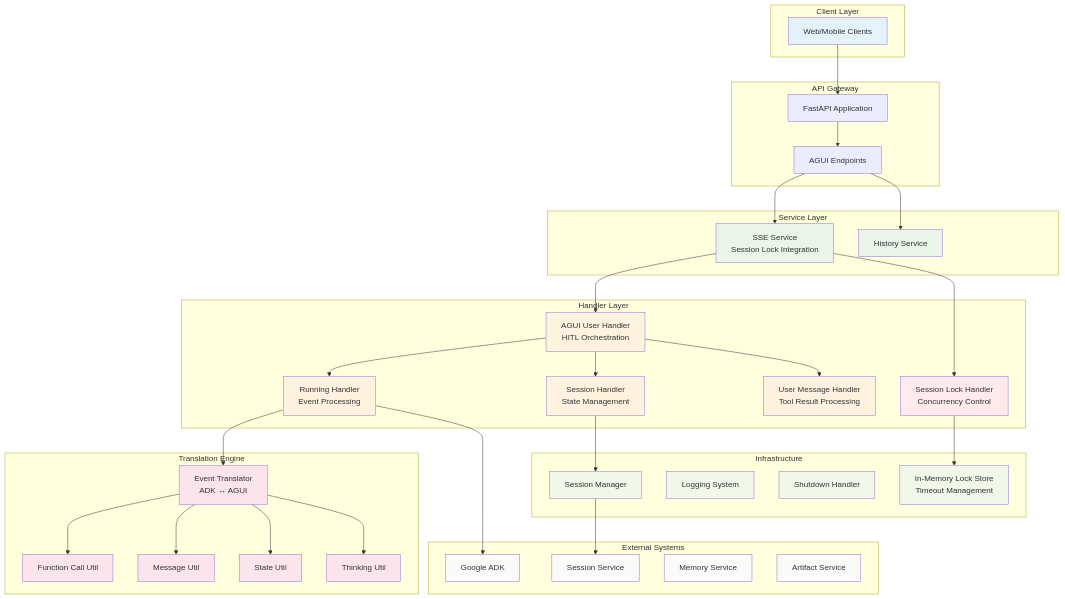
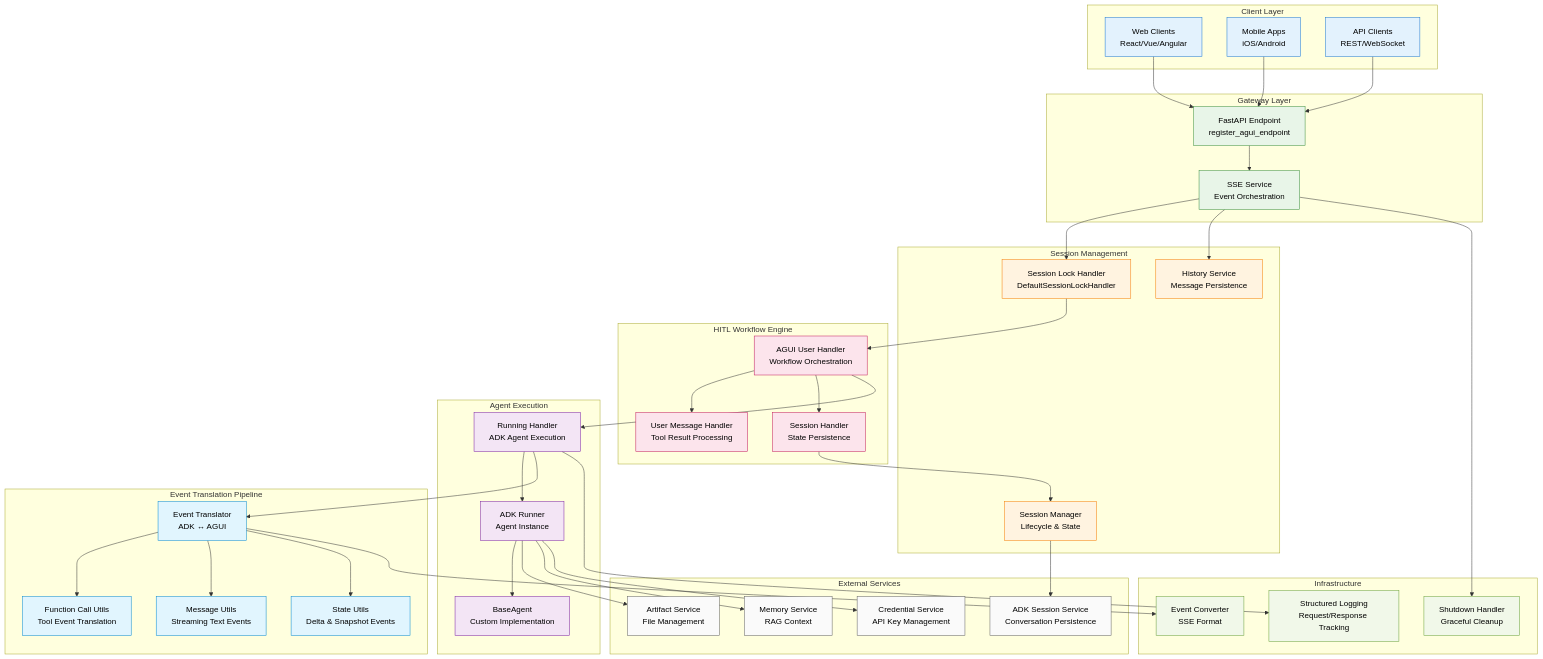
Before and after one commit to trendmicro/adk-agui-middleware: the diagram in README.md, drawn with Mermaid. The commit also changed other lines of this file and 1 other file, not shown here.

````diff
--- a/README.md
+++ b/README.md
@@ -77,85 +45,109 @@
 ```mermaid
 graph TB
     subgraph "Client Layer"
-        Client[Web/Mobile Clients]
+        WEB[Web Clients<br/>React/Vue/Angular]
+        MOB[Mobile Apps<br/>iOS/Android]
+        API[API Clients<br/>REST/WebSocket]
     end
 
-    subgraph "API Gateway"
-        FastAPI[FastAPI Application]
-        Endpoints[AGUI Endpoints]
+    subgraph "Gateway Layer"
+        ENDPOINT[FastAPI Endpoint<br/>register_agui_endpoint]
+        SSE_SVC[SSE Service<br/>Event Orchestration]
     end
 
-    subgraph "Service Layer"
-        SSEService[SSE Service<br/>Session Lock Integration]
-        HistoryService[History Service]
+    subgraph "Session Management"
+        LOCK[Session Lock Handler<br/>DefaultSessionLockHandler]
+        SESS_MGR[Session Manager<br/>Lifecycle & State]
+        HIST_SVC[History Service<br/>Message Persistence]
     end
 
-    subgraph "Handler Layer"
-        AGUIHandler[AGUI User Handler<br/>HITL Orchestration]
-        RunningHandler[Running Handler<br/>Event Processing]
-        SessionHandler[Session Handler<br/>State Management]
-        UserMsgHandler[User Message Handler<br/>Tool Result Processing]
-        SessionLockHandler[Session Lock Handler<br/>Concurrency Control]
+    subgraph "HITL Workflow Engine"
+        AGUI_USER[AGUI User Handler<br/>Workflow Orchestration]
+        USER_MSG[User Message Handler<br/>Tool Result Processing]
+        SESS_HANDLER[Session Handler<br/>State Persistence]
     end
 
-    subgraph "Translation Engine"
-        EventTranslator[Event Translator<br/>ADK ↔ AGUI]
-        FunctionUtil[Function Call Util]
-        MessageUtil[Message Util]
-        StateUtil[State Util]
-        ThinkingUtil[Thinking Util]
+    subgraph "Agent Execution"
+        RUN_HANDLER[Running Handler<br/>ADK Agent Execution]
+        RUNNER[ADK Runner<br/>Agent Instance]
+        AGENT[BaseAgent<br/>Custom Implementation]
+    end
+
+    subgraph "Event Translation Pipeline"
+        TRANSLATOR[Event Translator<br/>ADK ↔ AGUI]
+        FUNC_UTIL[Function Call Utils<br/>Tool Event Translation]
+        MSG_UTIL[Message Utils<br/>Streaming Text Events]
+        STATE_UTIL[State Utils<br/>Delta & Snapshot Events]
     end
 
     subgraph "Infrastructure"
-        SessionManager[Session Manager]
-        LogSystem[Logging System]
-        ShutdownHandler[Shutdown Handler]
-        LockStore[In-Memory Lock Store<br/>Timeout Management]
+        SHUTDOWN[Shutdown Handler<br/>Graceful Cleanup]
+        LOGGER[Structured Logging<br/>Request/Response Tracking]
+        CONVERT[Event Converter<br/>SSE Format]
     end
 
-    subgraph "External Systems"
-        ADK[Google ADK]
-        SessionService[Session Service]
-        MemoryService[Memory Service]
-        ArtifactService[Artifact Service]
+    subgraph "External Services"
+        ADK_SESS[ADK Session Service<br/>Conversation Persistence]
+        ARTIFACTS[Artifact Service<br/>File Management]
+        MEMORY[Memory Service<br/>RAG Context]
+        CREDS[Credential Service<br/>API Key Management]
     end
 
-    Client --> FastAPI
-    FastAPI --> Endpoints
-    Endpoints --> SSEService
-    Endpoints --> HistoryService
+    %% Client connections
+    WEB --> ENDPOINT
+    MOB --> ENDPOINT
+    API --> ENDPOINT
 
-    SSEService --> SessionLockHandler
-    SSEService --> AGUIHandler
-    SessionLockHandler --> LockStore
+    %% Core flow
+    ENDPOINT --> SSE_SVC
+    SSE_SVC --> LOCK
+    LOCK --> AGUI_USER
 
-    AGUIHandler --> RunningHandler
-    AGUIHandler --> SessionHandler
-    AGUIHandler --> UserMsgHandler
+    %% HITL workflow
+    AGUI_USER --> USER_MSG
+    AGUI_USER --> SESS_HANDLER
+    AGUI_USER --> RUN_HANDLER
 
-    RunningHandler --> EventTranslator
-    EventTranslator --> FunctionUtil
-    EventTranslator --> MessageUtil
-    EventTranslator --> StateUtil
-    EventTranslator --> ThinkingUtil
+    %% Agent execution
+    RUN_HANDLER --> RUNNER
+    RUNNER --> AGENT
+    RUN_HANDLER --> TRANSLATOR
 
-    SessionHandler --> SessionManager
-    SessionManager --> SessionService
-    RunningHandler --> ADK
+    %% Event translation
+    TRANSLATOR --> FUNC_UTIL
+    TRANSLATOR --> MSG_UTIL
+    TRANSLATOR --> STATE_UTIL
 
-    classDef client fill:#e3f2fd
-    classDef service fill:#e8f5e8
-    classDef handler fill:#fff3e0
-    classDef translation fill:#fce4ec
-    classDef infra fill:#f1f8e9
-    classDef external fill:#fafafa
-    classDef security fill:#ffebee
+    %% Session management
+    SESS_HANDLER --> SESS_MGR
+    SESS_MGR --> ADK_SESS
+    SSE_SVC --> HIST_SVC
 
-    class Client client
-    class SSEService,HistoryService service
-    class AGUIHandler,RunningHandler,SessionHandler,UserMsgHandler,SessionLockHandler handler
-    class EventTranslator,FunctionUtil,MessageUtil,StateUtil,ThinkingUtil translation
-    class SessionManager,LogSystem,ShutdownHandler,LockStore infra
-    class ADK,SessionService,MemoryService,ArtifactService external
-    class SessionLockHandler security
+    %% Infrastructure
+    SSE_SVC --> SHUTDOWN
+    RUN_HANDLER --> LOGGER
+    TRANSLATOR --> CONVERT
+
+    %% External services
+    RUNNER --> ARTIFACTS
+    RUNNER --> MEMORY
+    RUNNER --> CREDS
+
+    classDef client fill:#e3f2fd,color:#000,stroke:#1976d2
+    classDef gateway fill:#e8f5e8,color:#000,stroke:#388e3c
+    classDef session fill:#fff3e0,color:#000,stroke:#f57c00
+    classDef workflow fill:#fce4ec,color:#000,stroke:#c2185b
+    classDef execution fill:#f3e5f5,color:#000,stroke:#7b1fa2
+    classDef translation fill:#e1f5fe,color:#000,stroke:#0288d1
+    classDef infra fill:#f1f8e9,color:#000,stroke:#689f38
+    classDef external fill:#fafafa,color:#000,stroke:#616161
+
+    class WEB,MOB,API client
+    class ENDPOINT,SSE_SVC gateway
+    class LOCK,SESS_MGR,HIST_SVC session
+    class AGUI_USER,USER_MSG,SESS_HANDLER workflow
+    class RUN_HANDLER,RUNNER,AGENT execution
+    class TRANSLATOR,FUNC_UTIL,MSG_UTIL,STATE_UTIL translation
+    class SHUTDOWN,LOGGER,CONVERT infra
+    class ADK_SESS,ARTIFACTS,MEMORY,CREDS external
 ```
````
